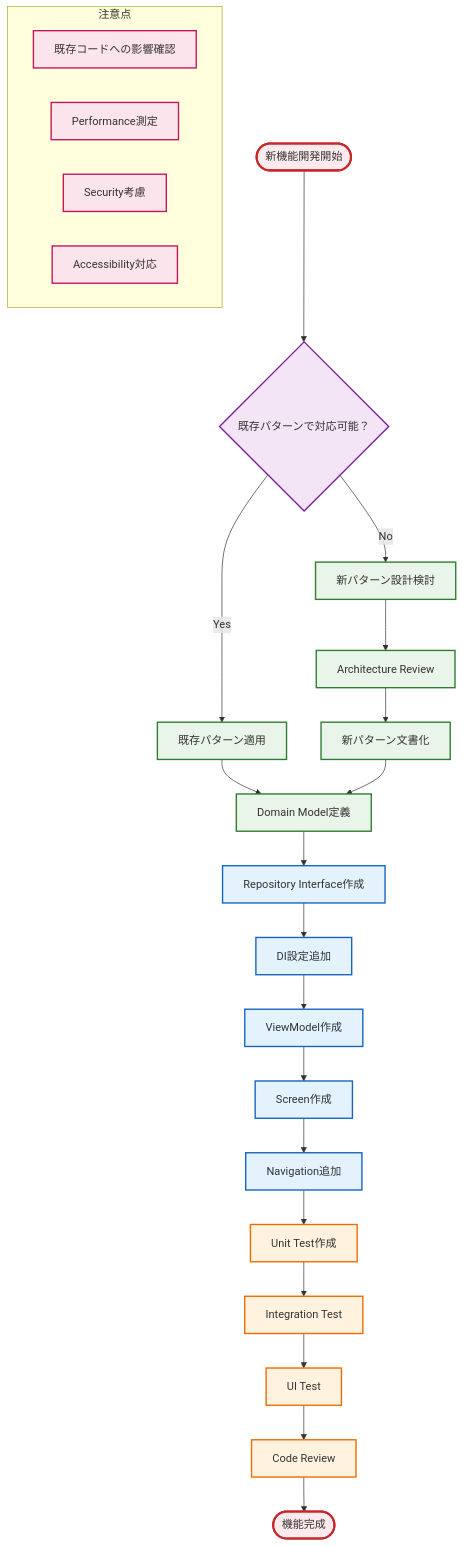
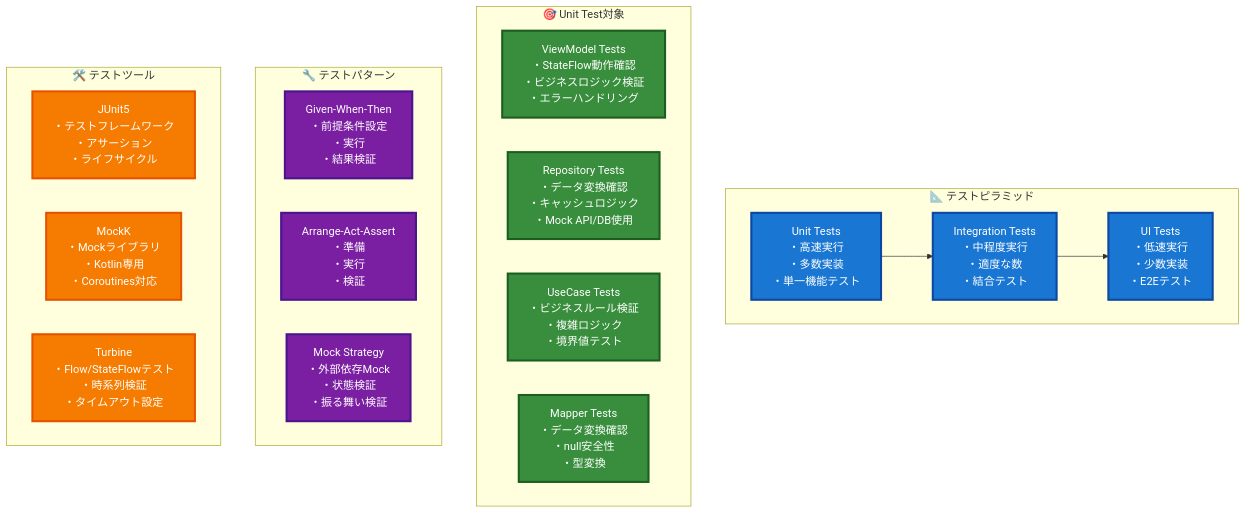
The seventh of 7 diagrams in ARCHITECTURE_GUIDE.md (shimanukims/android-base), drawn with Mermaid before and after one commit. The commit also changed other lines of this file and 10 other files, not shown here.

````diff
--- a/ARCHITECTURE_GUIDE.md
+++ b/ARCHITECTURE_GUIDE.md
@@ -483,45 +541,41 @@
 ```mermaid
-flowchart TD
-    Start([新機能開発開始]) --> A{既存パターンで対応可能？}
-    
-    A -->|Yes| B[既存パターン適用]
-    A -->|No| C[新パターン設計検討]
-    
-    B --> D[Domain Model定義]
-    C --> C1[Architecture Review]
-    C1 --> C2[新パターン文書化]
-    C2 --> D
-    
-    D --> E[Repository Interface作成]
-    E --> F[DI設定追加]
-    F --> G[ViewModel作成]
-    G --> H[Screen作成]
-    H --> I[Navigation追加]
-    I --> J[Unit Test作成]
-    J --> K[Integration Test]
-    K --> L[UI Test]
-    L --> M[Code Review]
-    M --> End([機能完成])
-    
-    subgraph Considerations ["注意点"]
-        N[既存コードへの影響確認]
-        O[Performance測定]
-        P[Security考慮]
-        Q[Accessibility対応]
+flowchart TB
+    subgraph TestPyramid ["📐 テストピラミッド"]
+        A["Unit Tests<br/>・高速実行<br/>・多数実装<br/>・単一機能テスト"]
+        B["Integration Tests<br/>・中程度実行<br/>・適度な数<br/>・結合テスト"]
+        C["UI Tests<br/>・低速実行<br/>・少数実装<br/>・E2Eテスト"]
+        
+        A --> B
+        B --> C
     end
     
-    %% スタイリング
-    classDef startEndStyle fill:#ffebee,stroke:#c62828,stroke-width:3px
-    classDef decisionStyle fill:#f3e5f5,stroke:#7b1fa2,stroke-width:2px
-    classDef designStyle fill:#e8f5e8,stroke:#2e7d32,stroke-width:2px
-    classDef implementationStyle fill:#e3f2fd,stroke:#1565c0,stroke-width:2px
-    classDef testStyle fill:#fff3e0,stroke:#ef6c00,stroke-width:2px
-    classDef considerationStyle fill:#fce4ec,stroke:#c2185b,stroke-width:2px
+    subgraph UnitTestTargets ["🎯 Unit Test対象"]
+        D["ViewModel Tests<br/>・StateFlow動作確認<br/>・ビジネスロジック検証<br/>・エラーハンドリング"]
+        E["Repository Tests<br/>・データ変換確認<br/>・キャッシュロジック<br/>・Mock API/DB使用"]
+        F["UseCase Tests<br/>・ビジネスルール検証<br/>・複雑ロジック<br/>・境界値テスト"]
+        G["Mapper Tests<br/>・データ変換確認<br/>・null安全性<br/>・型変換"]
+    end
     
-    class Start,End startEndStyle
-    class A decisionStyle
-    class B,C,C1,C2,D designStyle
-    class E,F,G,H,I implementationStyle
-    class J,K,L,M testStyle
-    class N,O,P,Q considerationStyle
+    subgraph TestPatterns ["🔧 テストパターン"]
+        H["Given-When-Then<br/>・前提条件設定<br/>・実行<br/>・結果検証"]
+        I["Arrange-Act-Assert<br/>・準備<br/>・実行<br/>・検証"]
+        J["Mock Strategy<br/>・外部依存Mock<br/>・状態検証<br/>・振る舞い検証"]
+    end
+    
+    subgraph TestTools ["🛠️ テストツール"]
+        K["JUnit5<br/>・テストフレームワーク<br/>・アサーション<br/>・ライフサイクル"]
+        L["MockK<br/>・Mockライブラリ<br/>・Kotlin専用<br/>・Coroutines対応"]
+        M["Turbine<br/>・Flow/StateFlowテスト<br/>・時系列検証<br/>・タイムアウト設定"]
+    end
+    
+    %% スタイリング - VSCode対応
+    classDef pyramidStyle fill:#1976d2,stroke:#0d47a1,stroke-width:3px,color:#ffffff
+    classDef targetStyle fill:#388e3c,stroke:#1b5e20,stroke-width:3px,color:#ffffff
+    classDef patternStyle fill:#7b1fa2,stroke:#4a148c,stroke-width:3px,color:#ffffff
+    classDef toolStyle fill:#f57c00,stroke:#e65100,stroke-width:3px,color:#ffffff
+    
+    class A,B,C pyramidStyle
+    class D,E,F,G targetStyle
+    class H,I,J patternStyle
+    class K,L,M toolStyle
 ```
````
